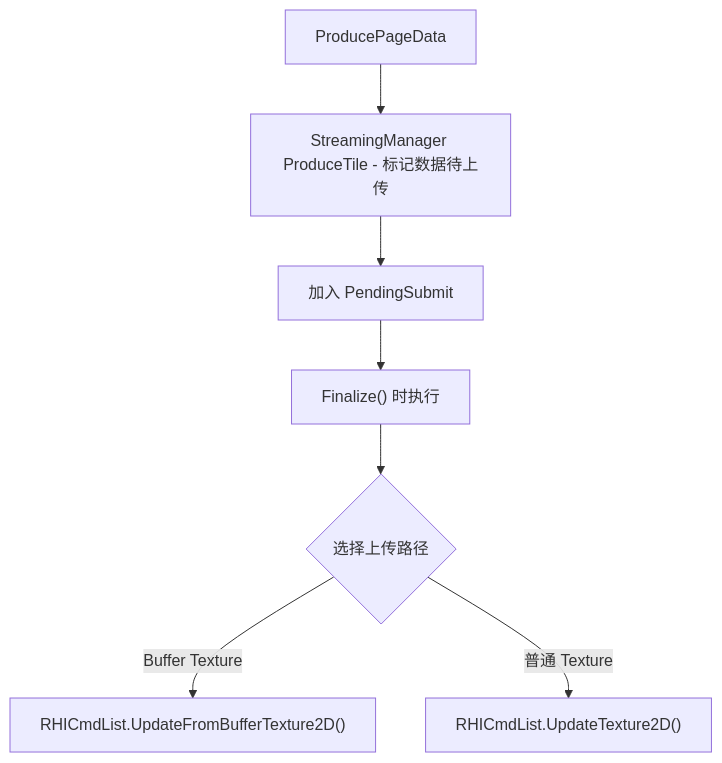
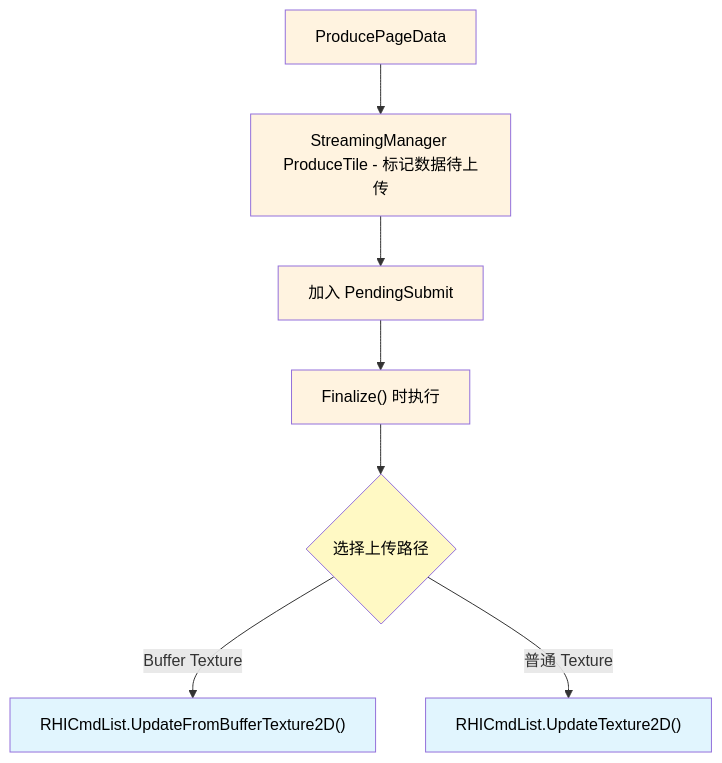
The eighth of 21 diagrams in content/posts/UE5_Virtual_Texture_与_Runtime_Virtual_Texture_源码级全流程解析.md (mr0ptimist/mroptimist.github.io), drawn with Mermaid before and after one commit. The commit also changed other lines of this file and 2 other files, not shown here.

First line of the commit message:
Mermaid 图表 Dark Reader 兼容：所有 flowchart 加 classDef 配色 + 文字强制黑色

````diff
--- a/content/posts/UE5_Virtual_Texture_与_Runtime_Virtual_Texture_源码级全流程解析.md
+++ b/content/posts/UE5_Virtual_Texture_与_Runtime_Virtual_Texture_源码级全流程解析.md
@@ -397,9 +448,16 @@
 ```mermaid
 flowchart TD
     A["ProducePageData"] --> B["StreamingManager ProduceTile - 标记数据待上传"]
     B --> C["加入 PendingSubmit"]
     C --> D["Finalize() 时执行"]
     D --> E{"选择上传路径"}
     E -->|"Buffer Texture"| F["RHICmdList.UpdateFromBufferTexture2D()"]
     E -->|"普通 Texture"| G["RHICmdList.UpdateTexture2D()"]
+
+    classDef proc fill:#e1f5fe,color:#000
+    classDef dec fill:#fff9c4,color:#000
+    classDef data fill:#fff3e0,color:#000
+    class A,B,C,D data
+    class E dec
+    class F,G proc
 ```
````
